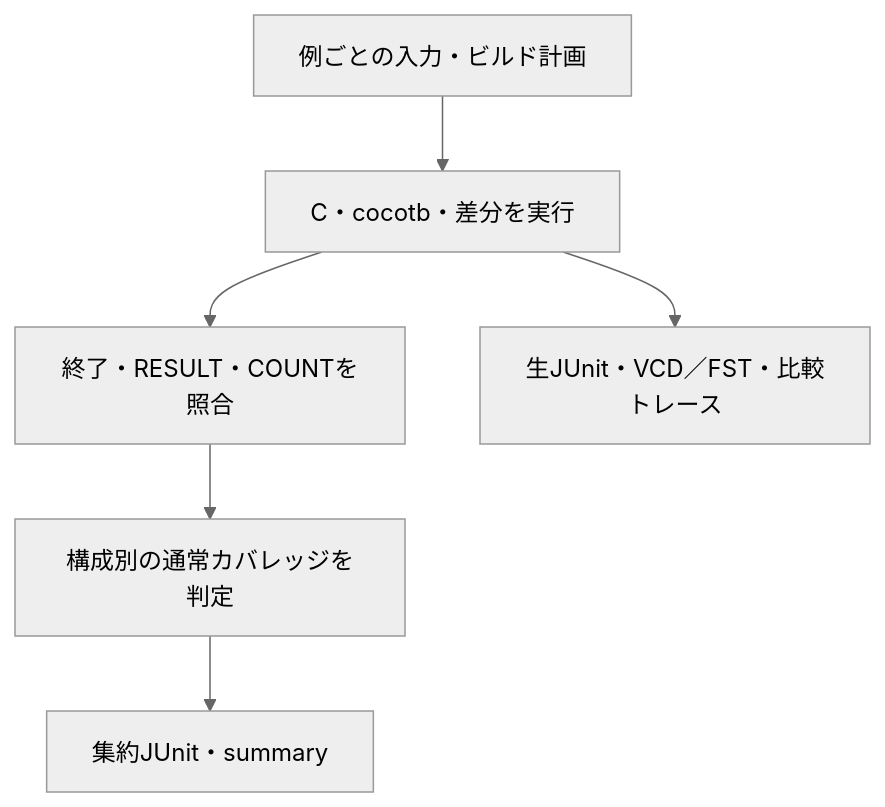
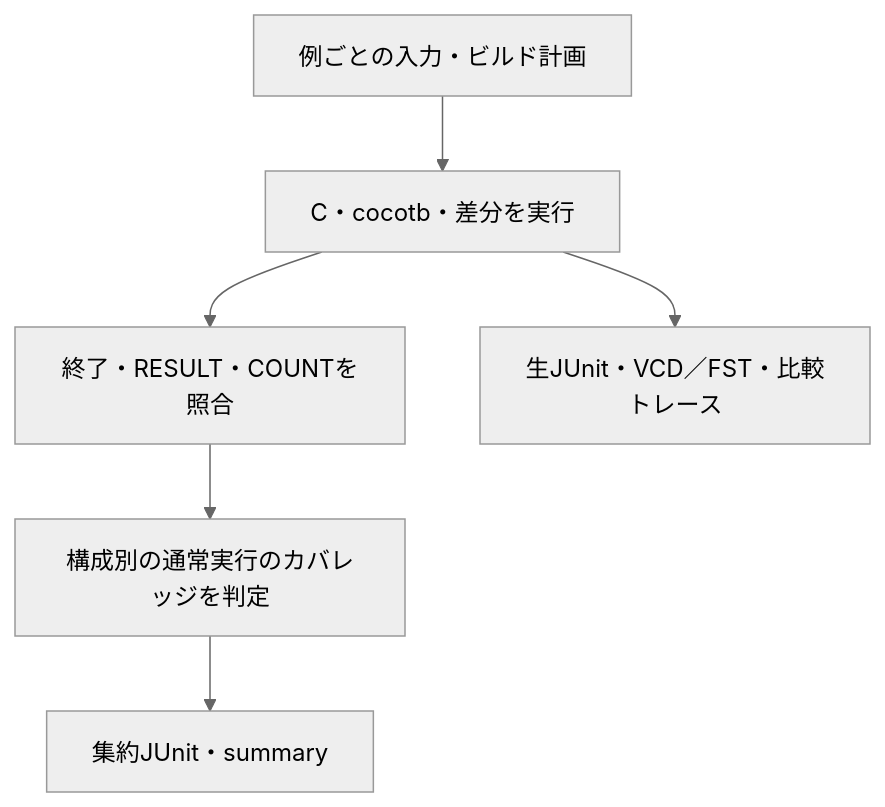
Before and after one commit to kurochan001/lsi-verification-method: the diagram in examples/local-host-common/README.md, drawn with Mermaid (neutral theme). The commit also changed other lines of this file and 91 other files, not shown here.

````diff
--- a/examples/local-host-common/README.md
+++ b/examples/local-host-common/README.md
@@ -9,8 +9,8 @@
 ```mermaid
 flowchart TD
   accTitle: 生の実行結果と集約判定
   accDescr: C・cocotb・差分検証の実行結果を、終了・件数・要求・波形などの条件と照合して集約します。
   P["例ごとの入力・ビルド計画"] --> R["C・cocotb・差分を実行"] --> C["終了・RESULT・COUNTを照合"]
-  C --> G["構成別の通常カバレッジを判定"] --> E["集約JUnit・summary"]
+  C --> G["構成別の通常実行のカバレッジを判定"] --> E["集約JUnit・summary"]
   R --> D["生JUnit・VCD／FST・比較トレース"]
 ```
````
